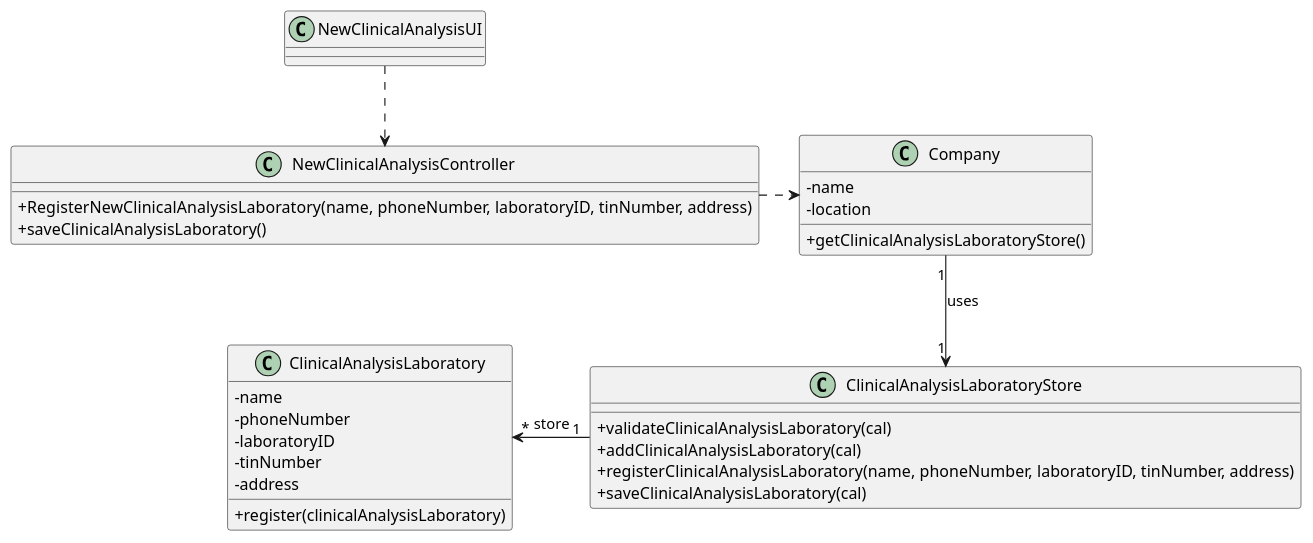
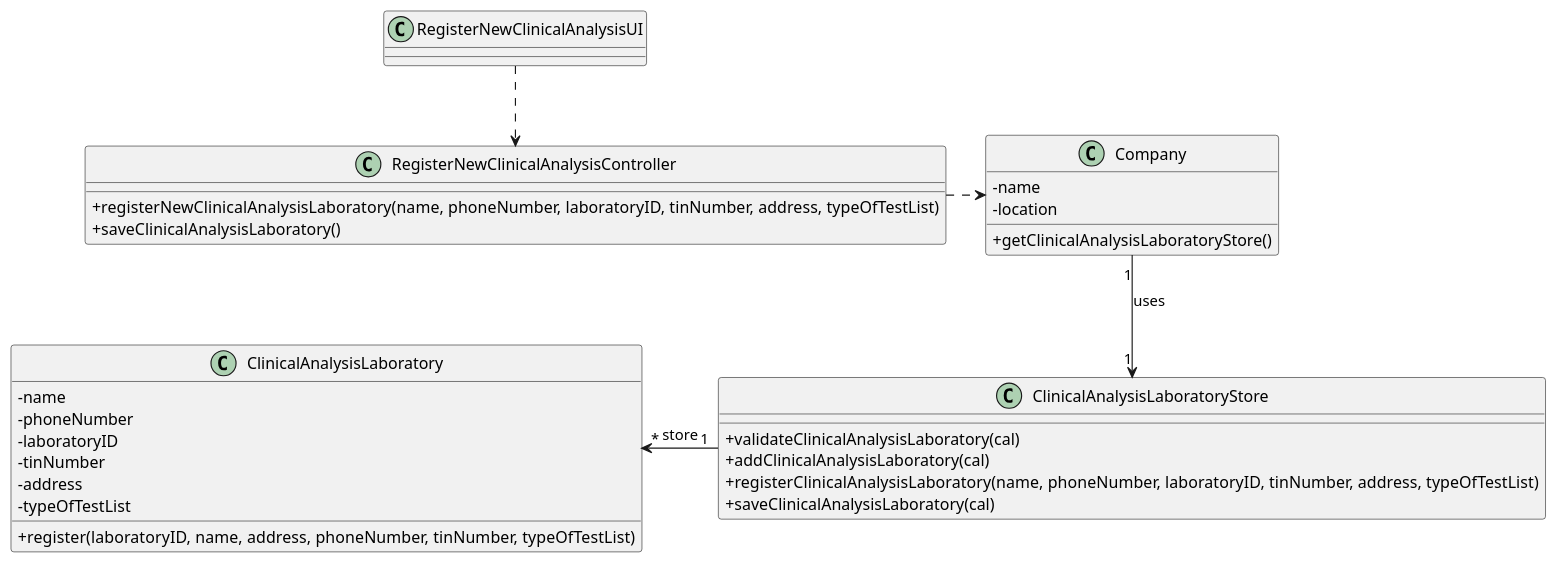
One commit to GuilhermeCunha79/lapr2 changed the diagram in docs/SprintB/US8/UC8_CD.puml. Above: the diagram before and after it, drawn with PlantUML. The commit also changed 6 other files, not shown here.

Commit message:
[US-8] Update US8_Update ClinicalAnalysisLaboratoryTest Update Engineering Requisitis and all Diagrams

```diff
--- a/docs/SprintB/US8/UC8_CD.puml
+++ b/docs/SprintB/US8/UC8_CD.puml
@@ -1,40 +1,42 @@
 @startuml
 skinparam classAttributeIconSize 0
 
-class NewClinicalAnalysisUI{
+class RegisterNewClinicalAnalysisUI{
 }
 
-class NewClinicalAnalysisController
+class RegisterNewClinicalAnalysisController
 {
-    +RegisterNewClinicalAnalysisLaboratory(name, phoneNumber, laboratoryID, tinNumber, address)
+    +registerNewClinicalAnalysisLaboratory(name, phoneNumber, laboratoryID, tinNumber, address, typeOfTestList)
     +saveClinicalAnalysisLaboratory()
 }
 
 class ClinicalAnalysisLaboratory{
     -name
     -phoneNumber
     -laboratoryID
     -tinNumber
     -address
-    + register(clinicalAnalysisLaboratory)
+    -typeOfTestList
+    +register(laboratoryID, name, address, phoneNumber, tinNumber, typeOfTestList)
+
 }
 
 class Company{
 	-name
 	-location
 	+getClinicalAnalysisLaboratoryStore()
 }
 
 class ClinicalAnalysisLaboratoryStore{
     + validateClinicalAnalysisLaboratory(cal)
     + addClinicalAnalysisLaboratory(cal)
-    + registerClinicalAnalysisLaboratory(name, phoneNumber, laboratoryID, tinNumber, address)
+    + registerClinicalAnalysisLaboratory(name, phoneNumber, laboratoryID, tinNumber, address, typeOfTestList)
     + saveClinicalAnalysisLaboratory(cal)
 }
 
-NewClinicalAnalysisUI ..> NewClinicalAnalysisController
-NewClinicalAnalysisController .right.> Company
+RegisterNewClinicalAnalysisUI ..> RegisterNewClinicalAnalysisController
+RegisterNewClinicalAnalysisController .right.> Company
 Company"1" --> "1"ClinicalAnalysisLaboratoryStore : uses
 ClinicalAnalysisLaboratoryStore"1" -left-> "*"ClinicalAnalysisLaboratory : store
 
 @enduml
```
